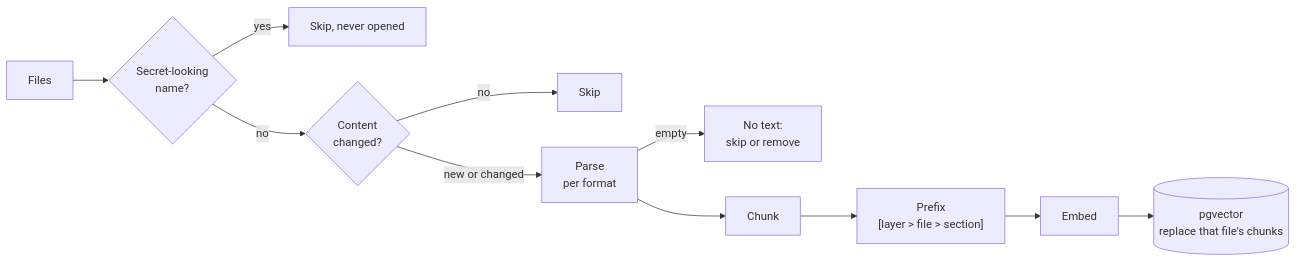
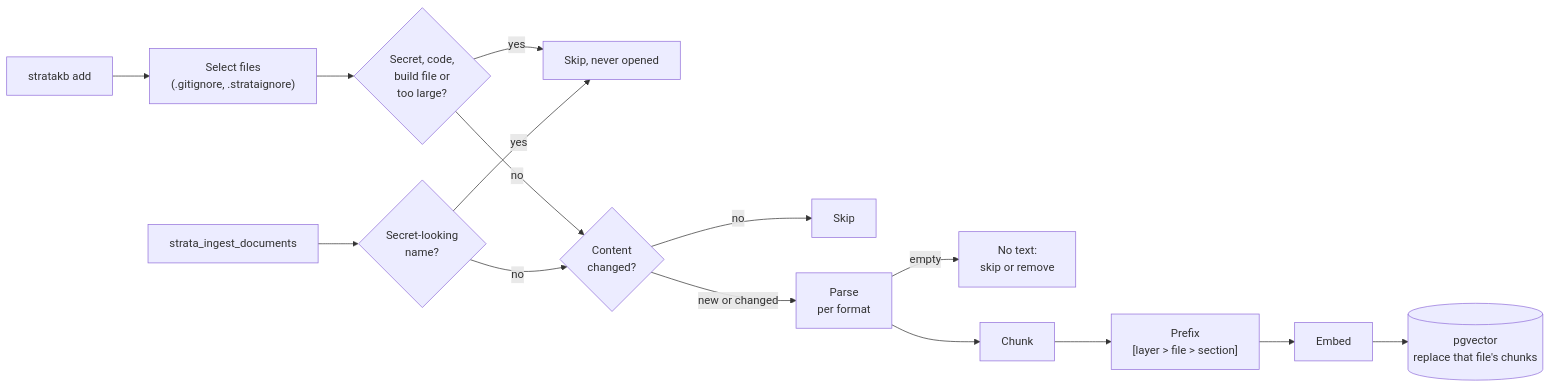
The third of 9 diagrams in README.md (boudou/StrataKB), drawn with Mermaid before and after one commit. The commit also changed other lines of this file and 8 other files, not shown here.

````diff
--- a/README.md
+++ b/README.md
@@ -56,10 +56,13 @@
 ```mermaid
 flowchart LR
-    f["Files"] --> n{"Secret-looking<br/>name?"}
-    n -->|"yes"| k["Skip, never opened"]
+    add["stratakb add"] --> sel["Select files<br/>(.gitignore, .strataignore)"] --> pol{"Secret, code,<br/>build file or<br/>too large?"}
+    pol -->|"yes"| k["Skip, never opened"]
+    pol -->|"no"| h
+    f["strata_ingest_documents"] --> n{"Secret-looking<br/>name?"}
+    n -->|"yes"| k
     n -->|"no"| h{"Content<br/>changed?"}
     h -->|"no"| s["Skip"]
     h -->|"new or changed"| p["Parse<br/>per format"]
     p -->|"empty"| t["No text:<br/>skip or remove"]
     p --> c["Chunk"] --> x["Prefix<br/>[layer > file > section]"] --> e["Embed"] --> v[("pgvector<br/>replace that file's chunks")]
 ```
````
